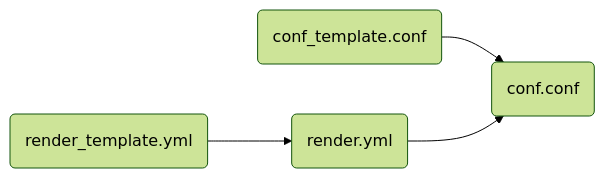
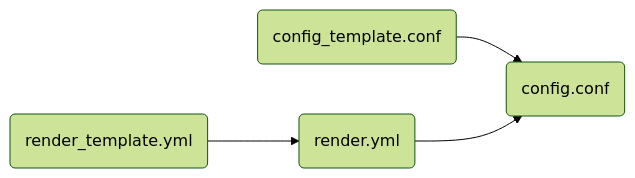
The diagram in template/doc/render config.md (xiewendan/gitee-sync), drawn with Mermaid (forest theme) before and after one commit. The commit also changed other lines of this file and 15 other files, not shown here.

````diff
--- a/template/doc/render config.md
+++ b/template/doc/render config.md
@@ -14,12 +14,12 @@
 ```mermaid
 graph LR;
 
-    conf(conf.conf)
-    conf_template(conf_template.conf)
+    config(config.conf)
+    config_template(config_template.conf)
     render(render.yml)
     render_template(render_template.yml)
 
     render_template --> render
-    conf_template-->conf
-    render-->conf
+    config_template-->config
+    render-->config
 ```
````
